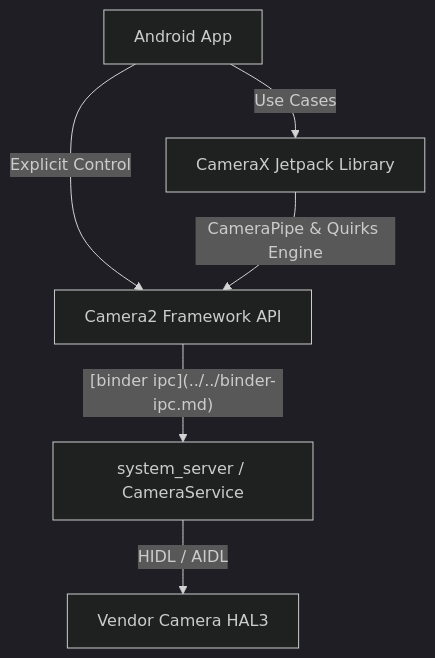
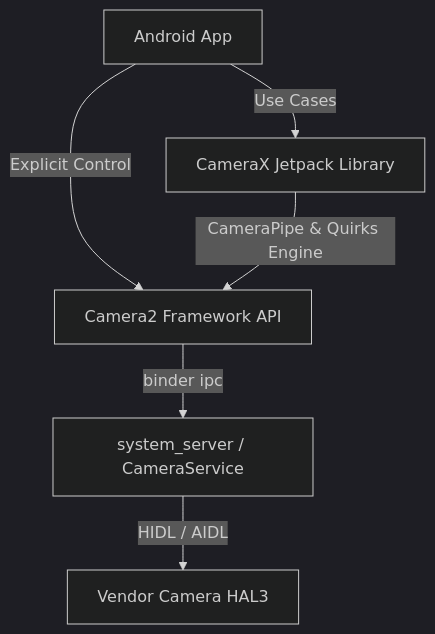
The diagram in 01_inbox/mobile/android/01_system_internals/graphics-and-media/graphics-media-contracts/camerax-and-camera2-have-different-control-boundaries.md (youngmin-gwon/what-i-studied), drawn with Mermaid (dark theme) before and after one commit. The commit also changed 68 other files, not shown here.

````diff
--- a/01_inbox/mobile/android/01_system_internals/graphics-and-media/graphics-media-contracts/camerax-and-camera2-have-different-control-boundaries.md
+++ b/01_inbox/mobile/android/01_system_internals/graphics-and-media/graphics-media-contracts/camerax-and-camera2-have-different-control-boundaries.md
@@ -27,9 +27,9 @@
 ```mermaid
 graph TD
     App[Android App] -->|"Use Cases"| CameraX[CameraX Jetpack Library]
     App -->|"Explicit Control"| Camera2[Camera2 Framework API]
 
     CameraX -->|"CameraPipe & Quirks Engine"| Camera2
-    Camera2 -->|"[binder ipc](../../binder-ipc.md)"| CameraService[system_server / CameraService]
+    Camera2 -->|"binder ipc"| CameraService[system_server / CameraService]
     CameraService -->|"HIDL / AIDL"| CameraHAL3[Vendor Camera HAL3]
 ```
````
